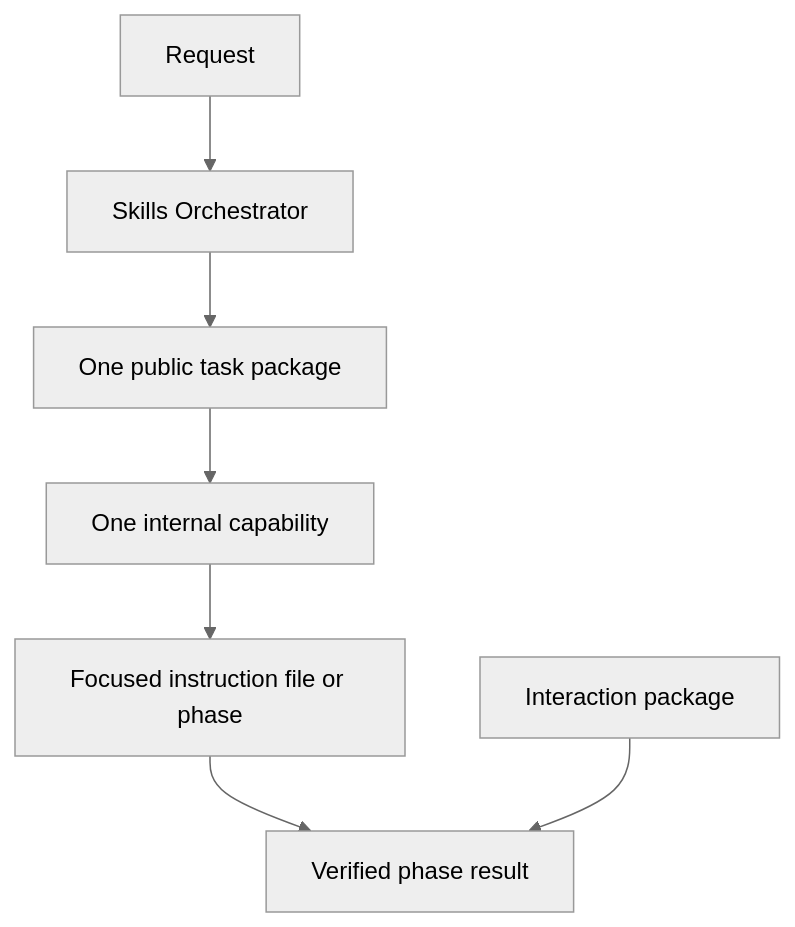
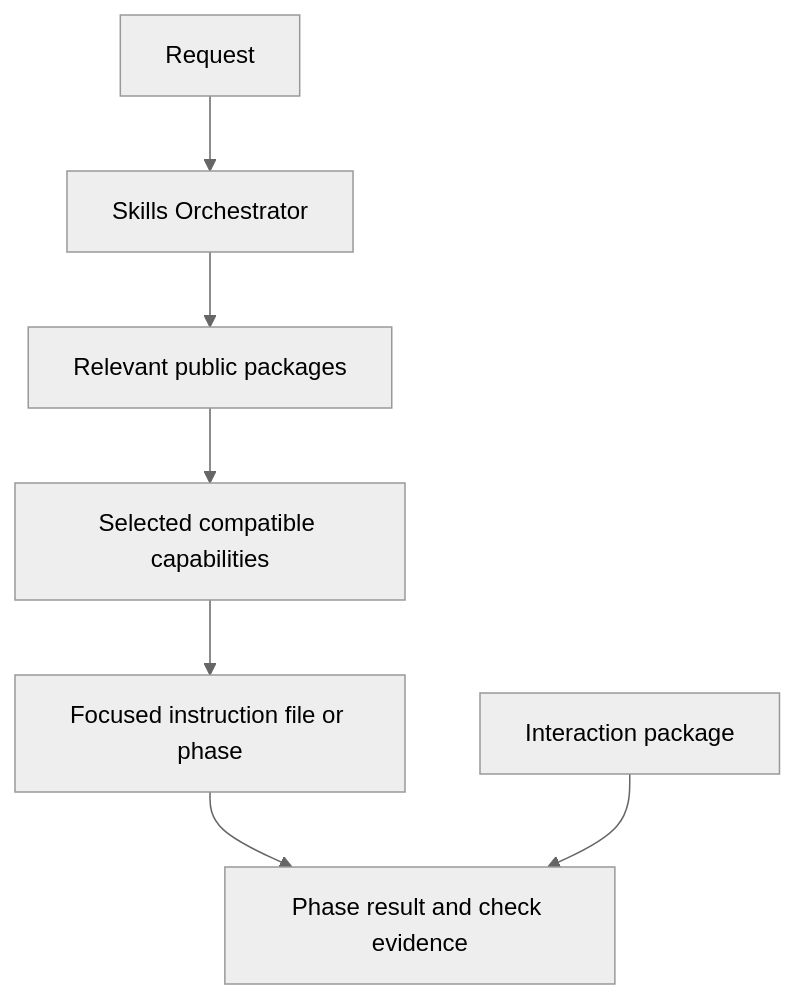
Before and after one commit to geekybobz/skills_ai: the first of 2 diagrams in docs/human/09_SKILL_ANATOMY.md, drawn with Mermaid (neutral theme). The commit also changed other lines of this file and 173 other files, not shown here.

````diff
--- a/docs/human/09_SKILL_ANATOMY.md
+++ b/docs/human/09_SKILL_ANATOMY.md
@@ -15,9 +15,9 @@
 ```mermaid
 flowchart TD
     Q["Request"] --> S["Skills Orchestrator"]
-    S --> P["One public task package"]
-    P --> C["One internal capability"]
+    S --> P["Relevant public packages"]
+    P --> C["Selected compatible capabilities"]
     C --> F["Focused instruction file or phase"]
-    F --> O["Verified phase result"]
+    F --> O["Phase result and check evidence"]
     I["Interaction package"] --> O
 ```
````
